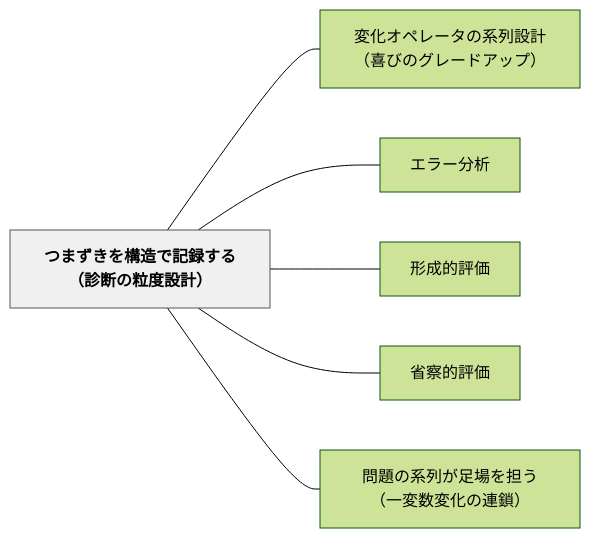
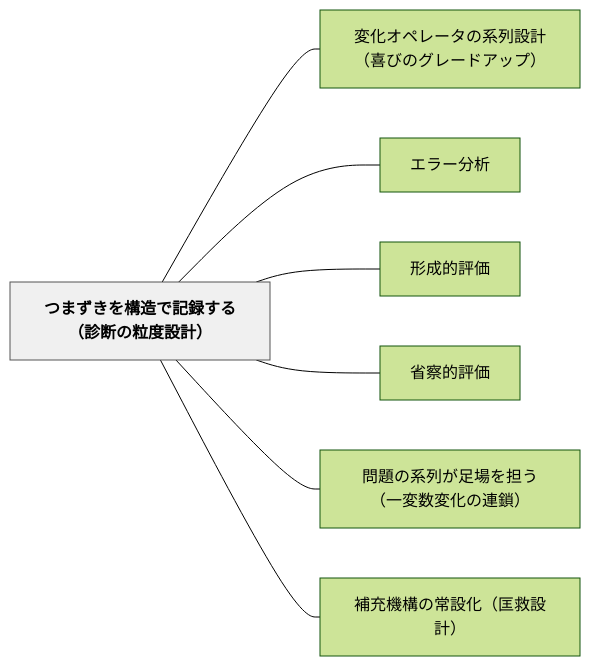
One commit to unknownthings-ed-patterns/unknownthings-ed-patterns changed the diagram in content/パタン/つまずきを構造で記録する（診断の粒度設計）.md. Above: the diagram before and after it, drawn with Mermaid (forest theme). The commit also changed other lines of this file and 1 other file, not shown here.

Commit message:
auto: Obsidianから同期 2026-06-15 17:58

````diff
--- a/content/パタン/つまずきを構造で記録する（診断の粒度設計）.md
+++ b/content/パタン/つまずきを構造で記録する（診断の粒度設計）.md
@@ -111,18 +112,20 @@
 ```mermaid
 flowchart LR
     ne381a4e381bee3819ae3818de38292e6a78be980a0e381a7e8a898e98cb2e38199e3828befbc88e8a8bae696ade381aee7b292e5baa6e8a8ade8a888efbc89["つまずきを構造で記録する（診断の粒度設計）"]
     ne5a489e58c96e382aae3839ae383ace383bce382bfe381aee7b3bbe58897e8a8ade8a888efbc88e5969ce381b3e381aee382b0e383ace383bce38389e382a2e38383e38397efbc89["変化オペレータの系列設計（喜びのグレードアップ）"]
     ne382a8e383a9e383bce58886e69e90["エラー分析"]
     ne5bda2e68890e79a84e8a995e4bea1["形成的評価"]
     ne79c81e5af9fe79a84e8a995e4bea1["省察的評価"]
     ne5958fe9a18ce381aee7b3bbe58897e3818ce8b6b3e5a0b4e38292e68b85e38186efbc88e4b880e5a489e695b0e5a489e58c96e381aee980a3e98e96efbc89["問題の系列が足場を担う（一変数変化の連鎖）"]
+    ne8a39ce58585e6a99fe6a78be381aee5b8b8e8a8ade58c96efbc88e58ca1e69591e8a8ade8a888efbc89["補充機構の常設化（匡救設計）"]
 
     ne381a4e381bee3819ae3818de38292e6a78be980a0e381a7e8a898e98cb2e38199e3828befbc88e8a8bae696ade381aee7b292e5baa6e8a8ade8a888efbc89 --- ne5a489e58c96e382aae3839ae383ace383bce382bfe381aee7b3bbe58897e8a8ade8a888efbc88e5969ce381b3e381aee382b0e383ace383bce38389e382a2e38383e38397efbc89
     ne381a4e381bee3819ae3818de38292e6a78be980a0e381a7e8a898e98cb2e38199e3828befbc88e8a8bae696ade381aee7b292e5baa6e8a8ade8a888efbc89 --- ne382a8e383a9e383bce58886e69e90
     ne381a4e381bee3819ae3818de38292e6a78be980a0e381a7e8a898e98cb2e38199e3828befbc88e8a8bae696ade381aee7b292e5baa6e8a8ade8a888efbc89 --- ne5bda2e68890e79a84e8a995e4bea1
     ne381a4e381bee3819ae3818de38292e6a78be980a0e381a7e8a898e98cb2e38199e3828befbc88e8a8bae696ade381aee7b292e5baa6e8a8ade8a888efbc89 --- ne79c81e5af9fe79a84e8a995e4bea1
     ne381a4e381bee3819ae3818de38292e6a78be980a0e381a7e8a898e98cb2e38199e3828befbc88e8a8bae696ade381aee7b292e5baa6e8a8ade8a888efbc89 --- ne5958fe9a18ce381aee7b3bbe58897e3818ce8b6b3e5a0b4e38292e68b85e38186efbc88e4b880e5a489e695b0e5a489e58c96e381aee980a3e98e96efbc89
+    ne381a4e381bee3819ae3818de38292e6a78be980a0e381a7e8a898e98cb2e38199e3828befbc88e8a8bae696ade381aee7b292e5baa6e8a8ade8a888efbc89 --- ne8a39ce58585e6a99fe6a78be381aee5b8b8e8a8ade58c96efbc88e58ca1e69591e8a8ade8a888efbc89
 
     classDef hub fill:#f0f0f0,stroke:#555,color:#000,font-weight:bold
     class ne381a4e381bee3819ae3818de38292e6a78be980a0e381a7e8a898e98cb2e38199e3828befbc88e8a8bae696ade381aee7b292e5baa6e8a8ade8a888efbc89 hub
 ```
````
